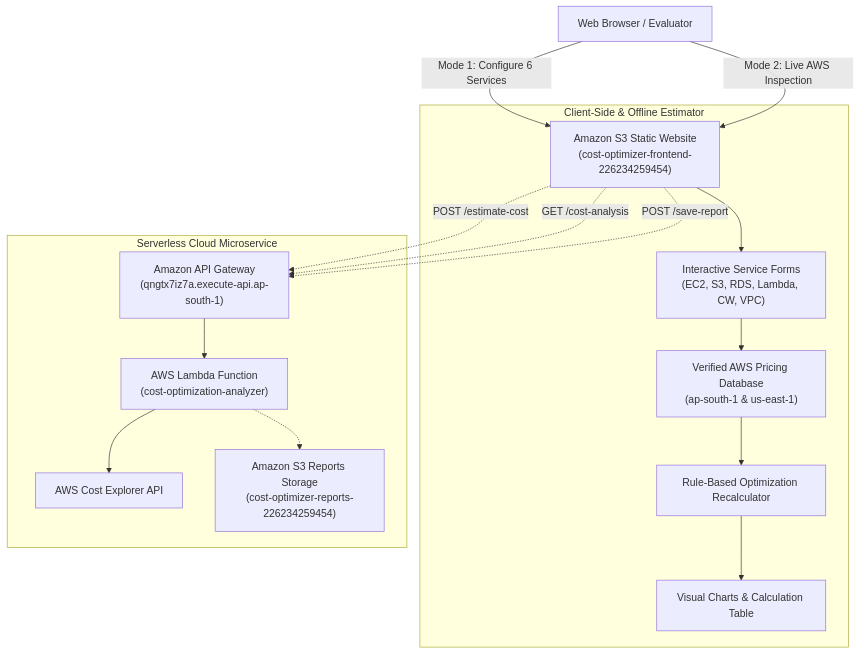
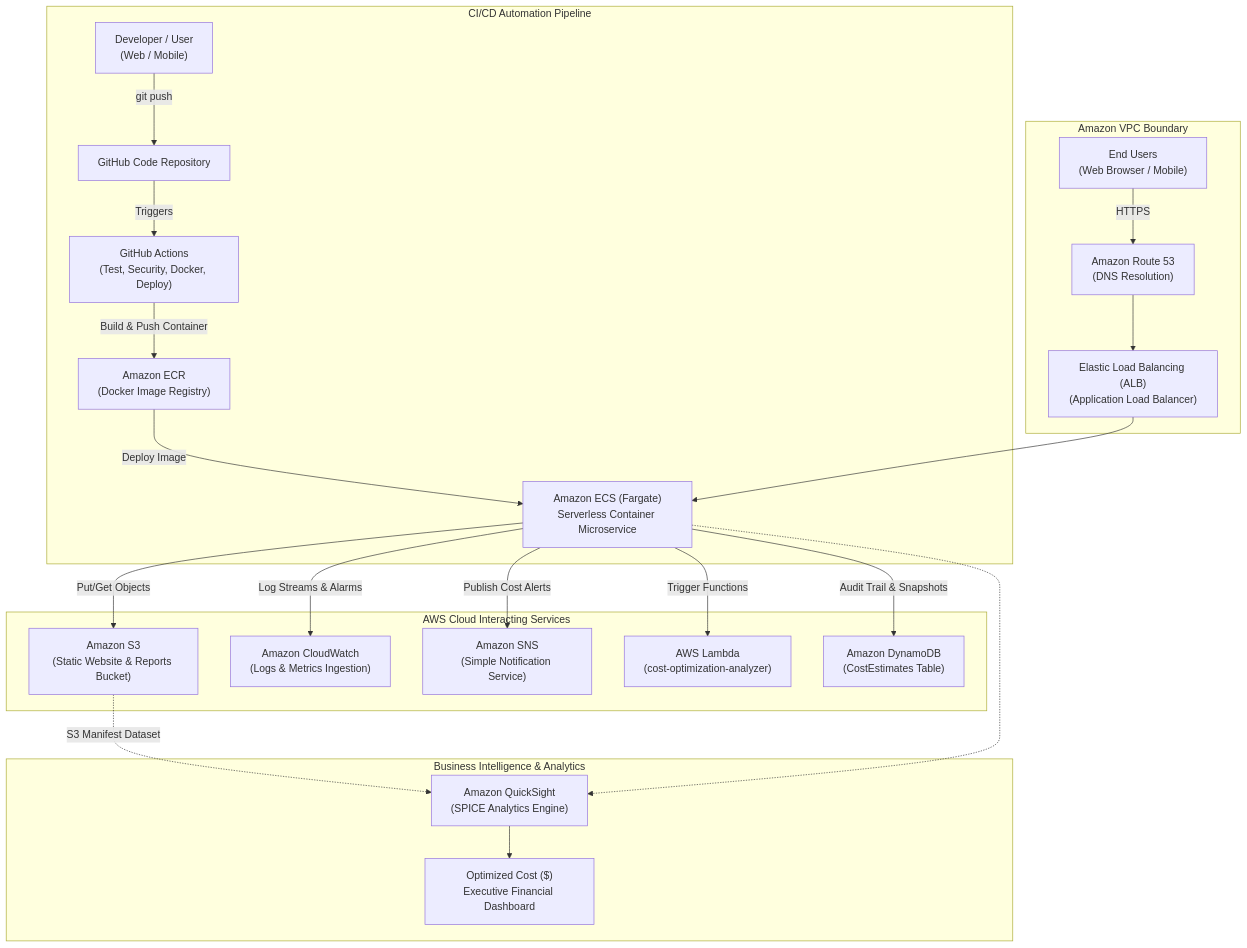
The first of 2 diagrams in README.md (bandilavanya2024-spec/AI-AWS-Cost-Optimization), drawn with Mermaid before and after one commit. The commit also changed other lines of this file and 17 other files, not shown here.

Commit message:
feat(cicd): add GitHub Actions pipeline, Docker containerization, and AWS architecture services (ECS, DynamoDB, SNS, QuickSight, Route 53, ALB, ECR)

````diff
--- a/README.md
+++ b/README.md
@@ -38,21 +40,29 @@
 ```mermaid
 flowchart TD
-    User["Web Browser / Evaluator"] -->|Mode 1: Configure 6 Services| S3_Web["Amazon S3 Static Website\n(cost-optimizer-frontend-226234259454)"]
-    User -->|Mode 2: Live AWS Inspection| S3_Web
-    
-    subgraph ClientEngine["Client-Side & Offline Estimator"]
-        S3_Web --> Form["Interactive Service Forms\n(EC2, S3, RDS, Lambda, CW, VPC)"]
-        Form --> PricingEngine["Verified AWS Pricing Database\n(ap-south-1 & us-east-1)"]
-        PricingEngine --> Recalc["Rule-Based Optimization Recalculator"]
-        Recalc --> Charts["Visual Charts & Calculation Table"]
+    subgraph CI_CD["CI/CD Automation Pipeline"]
+        DevUser["Developer / User\n(Web / Mobile)"] -->|git push| Repo["GitHub Code Repository"]
+        Repo -->|Triggers| GHA["GitHub Actions\n(Test, Security, Docker, Deploy)"]
+        GHA -->|Build & Push Container| ECR["Amazon ECR\n(Docker Image Registry)"]
+        ECR -->|Deploy Image| Fargate["Amazon ECS (Fargate)\nServerless Container Microservice"]
     end
-    
-    subgraph ServerlessCloud["Serverless Cloud Microservice"]
-        S3_Web -.->|POST /estimate-cost| APIGW["Amazon API Gateway\n(qngtx7iz7a.execute-api.ap-south-1)"]
-        S3_Web -.->|GET /cost-analysis| APIGW
-        S3_Web -.->|POST /save-report| APIGW
-        APIGW --> Lambda["AWS Lambda Function\n(cost-optimization-analyzer)"]
-        Lambda --> CE["AWS Cost Explorer API"]
-        Lambda -.-> S3_Rep["Amazon S3 Reports Storage\n(cost-optimizer-reports-226234259454)"]
+
+    subgraph VPC_Net["Amazon VPC Boundary"]
+        User["End Users\n(Web Browser / Mobile)"] -->|HTTPS| Route53["Amazon Route 53\n(DNS Resolution)"]
+        Route53 --> ALB["Elastic Load Balancing (ALB)\n(Application Load Balancer)"]
+        ALB --> Fargate
+    end
+
+    subgraph ServiceMesh["AWS Cloud Interacting Services"]
+        Fargate -->|Put/Get Objects| S3["Amazon S3\n(Static Website & Reports Bucket)"]
+        Fargate -->|Log Streams & Alarms| CW["Amazon CloudWatch\n(Logs & Metrics Ingestion)"]
+        Fargate -->|Publish Cost Alerts| SNS["Amazon SNS\n(Simple Notification Service)"]
+        Fargate -->|Trigger Functions| Lambda["AWS Lambda\n(cost-optimization-analyzer)"]
+        Fargate -->|Audit Trail & Snapshots| DDB["Amazon DynamoDB\n(CostEstimates Table)"]
+    end
+
+    subgraph BI_Analytics["Business Intelligence & Analytics"]
+        S3 -.->|S3 Manifest Dataset| QuickSight["Amazon QuickSight\n(SPICE Analytics Engine)"]
+        Fargate -.-> QuickSight
+        QuickSight --> OptimizedCost["Optimized Cost ($)\nExecutive Financial Dashboard"]
     end
 ```
````
